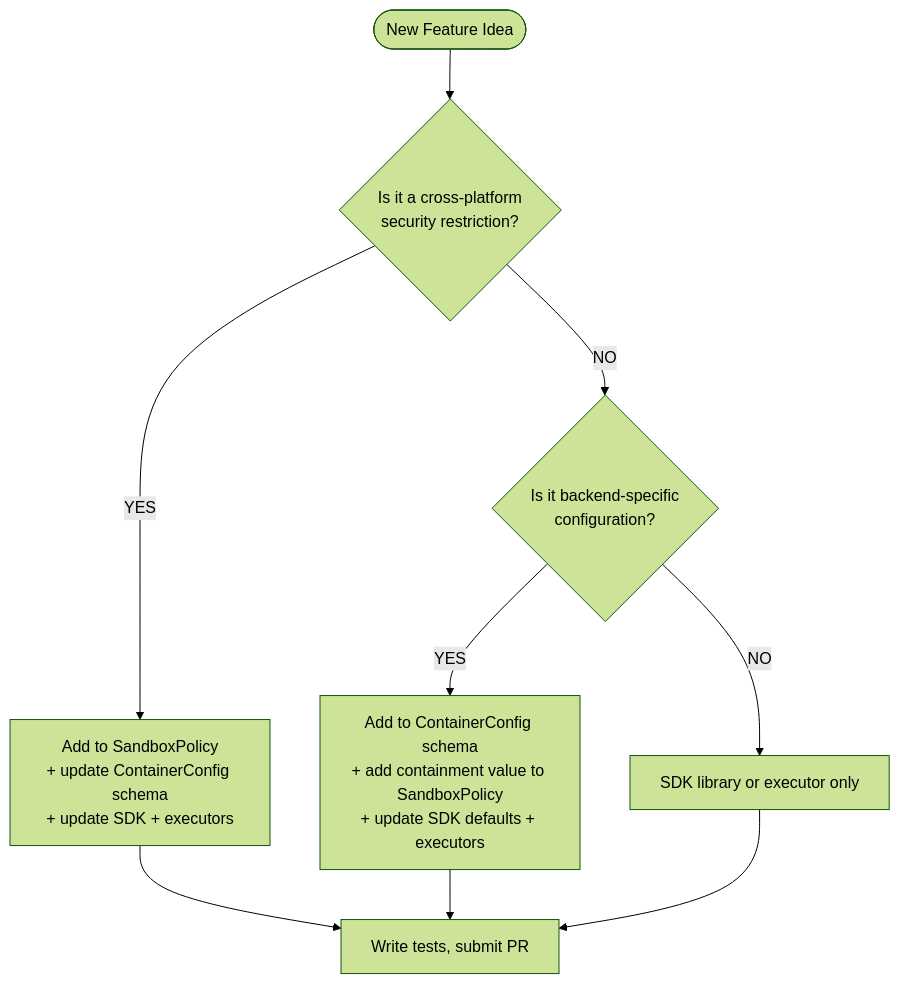
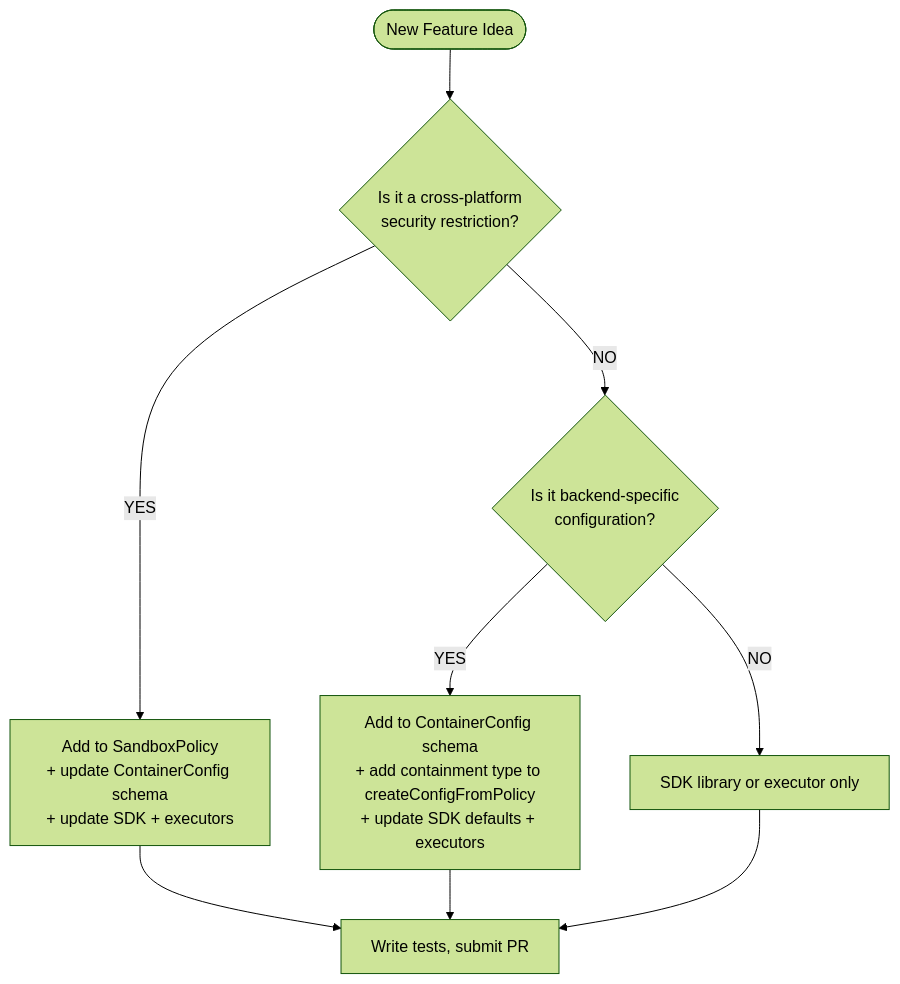
Before and after one commit to microsoft/mxc: the diagram in docs/authoring-a-new-feature.md, drawn with Mermaid (forest theme). The commit also changed other lines of this file and 3 other files, not shown here.

Commit message:
move containment to spawnsandbox instead of inside policy

````diff
--- a/docs/authoring-a-new-feature.md
+++ b/docs/authoring-a-new-feature.md
@@ -33,14 +33,14 @@
 ```mermaid
 flowchart TD
     START([New Feature Idea]) --> Q1{Is it a cross-platform<br/>security restriction?}
 
     Q1 -->|YES| POL["Add to SandboxPolicy<br/>+ update ContainerConfig schema<br/>+ update SDK + executors"]
     Q1 -->|NO| Q2{Is it backend-specific<br/>configuration?}
 
-    Q2 -->|YES| CFG["Add to ContainerConfig schema<br/>+ add containment value to SandboxPolicy<br/>+ update SDK defaults + executors"]
+    Q2 -->|YES| CFG["Add to ContainerConfig schema<br/>+ add containment type to createConfigFromPolicy<br/>+ update SDK defaults + executors"]
     Q2 -->|NO| SDK_ONLY["SDK library or executor only"]
 
     POL --> TEST["Write tests, submit PR"]
     CFG --> TEST
     SDK_ONLY --> TEST
 ```
````
